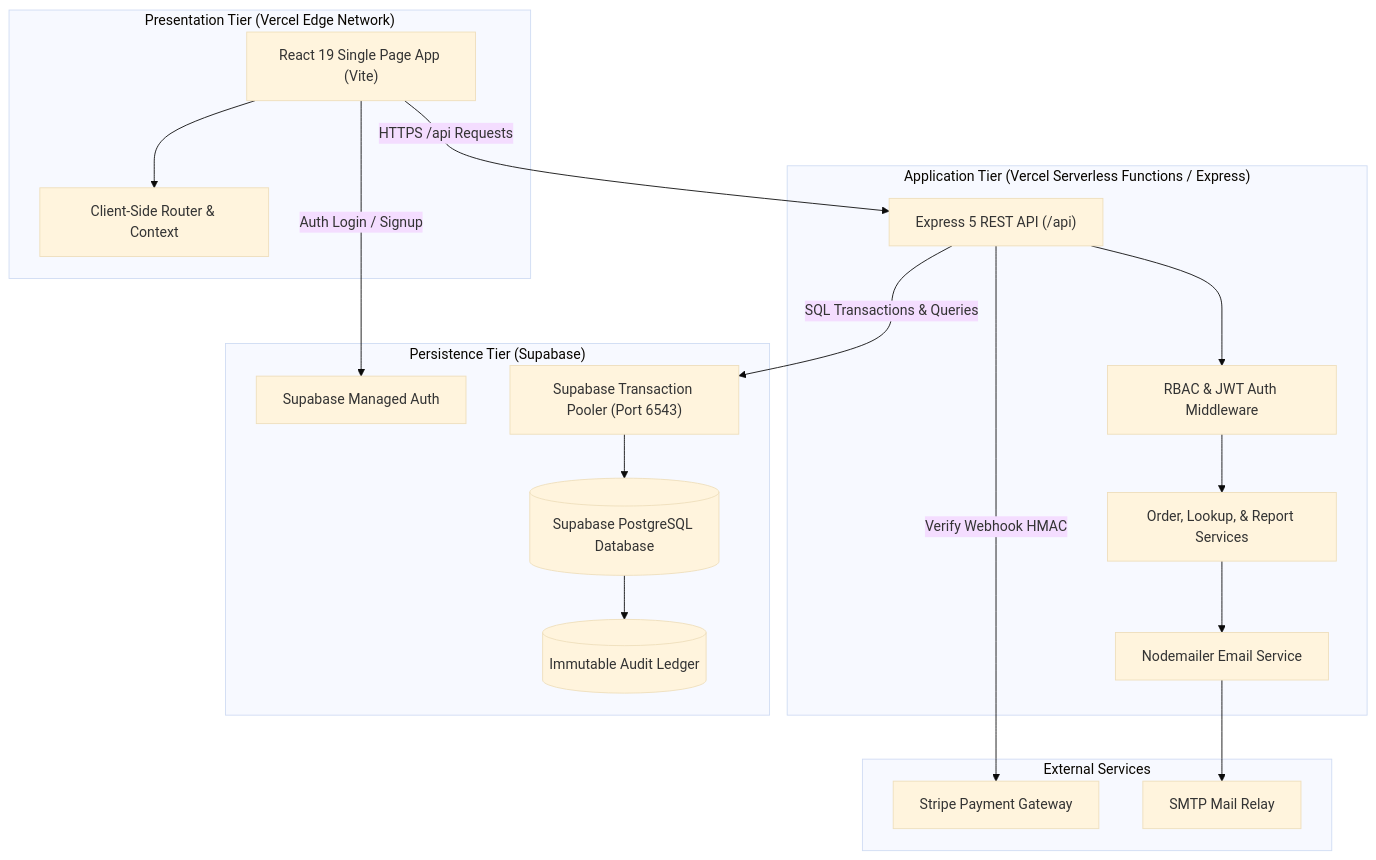
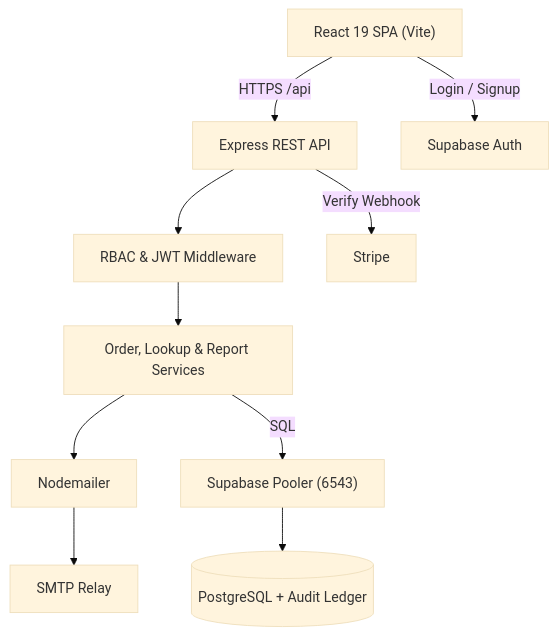
The diagram in README.md (Lebogang-G-Masia/Milky-Shakes-Drinks), drawn with Mermaid (base theme) before and after one commit. The commit also changed other lines of this file, not shown here.

````diff
--- a/README.md
+++ b/README.md
@@ -90,40 +49,10 @@
 ```mermaid
 flowchart TD
-    subgraph ClientTier ["Presentation Tier (Vercel Edge Network)"]
-        SPA["React 19 Single Page App (Vite)"]
-        Router["Client-Side Router & Context"]
-        SPA --> Router
-    end
-
-    subgraph ServerlessTier ["Application Tier (Vercel Serverless Functions / Express)"]
-        API["Express 5 REST API (/api)"]
-        AuthMiddleware["RBAC & JWT Auth Middleware"]
-        DomainServices["Order, Lookup, & Report Services"]
-        EmailService["Nodemailer Email Service"]
-        
-        API --> AuthMiddleware
-        AuthMiddleware --> DomainServices
-        DomainServices --> EmailService
-    end
-
-    subgraph ExternalServices ["External Services"]
-        Stripe["Stripe Payment Gateway"]
-        SMTP["SMTP Mail Relay"]
-        EmailService --> SMTP
-    end
-
-    subgraph DataTier ["Persistence Tier (Supabase)"]
-        Auth["Supabase Managed Auth"]
-        Pooler["Supabase Transaction Pooler (Port 6543)"]
-        Postgres[("Supabase PostgreSQL Database")]
-        AuditLedger[("Immutable Audit Ledger")]
-
-        Pooler --> Postgres
-        Postgres --> AuditLedger
-    end
-
-    SPA -- "HTTPS /api Requests" --> API
-    SPA -- "Auth Login / Signup" --> Auth
-    API -- "Verify Webhook HMAC" --> Stripe
-    API -- "SQL Transactions & Queries" --> Pooler
+    SPA["React 19 SPA (Vite)"] -- "HTTPS /api" --> API["Express REST API"]
+    SPA -- "Login / Signup" --> Auth["Supabase Auth"]
+    API --> RBAC["RBAC & JWT Middleware"]
+    RBAC --> Services["Order, Lookup & Report Services"]
+    Services --> Email["Nodemailer"] --> SMTP["SMTP Relay"]
+    API -- "Verify Webhook" --> Stripe["Stripe"]
+    Services -- "SQL" --> Pooler["Supabase Pooler (6543)"] --> DB[("PostgreSQL + Audit Ledger")]
 ```
````
